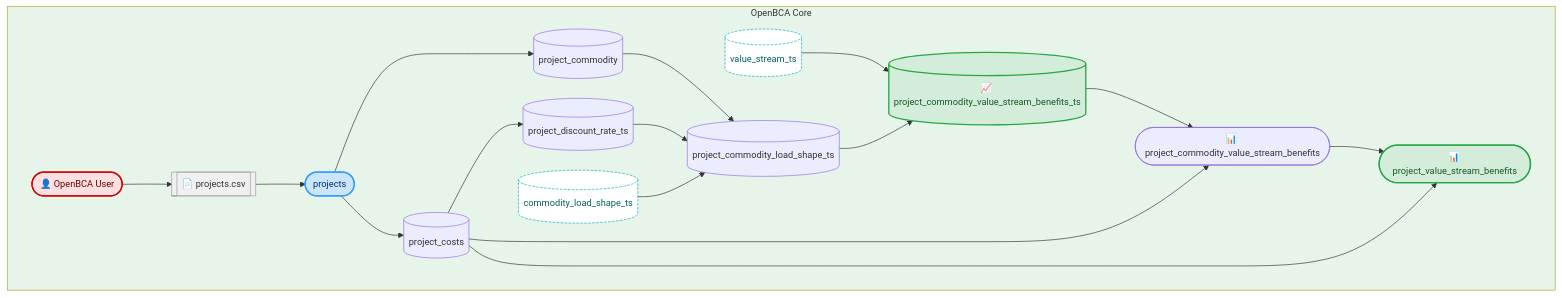
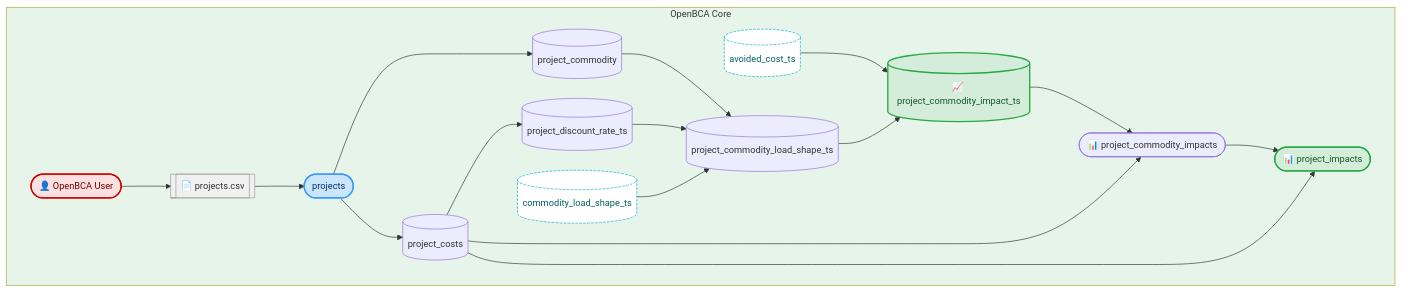
Before and after one commit to openbca/openbca: the first of 4 diagrams in README.md, drawn with Mermaid. The commit also changed other lines of this file and 2 other files, not shown here.

Commit message:
renaming in the diagram

````diff
--- a/README.md
+++ b/README.md
@@ -66,47 +66,47 @@
 ```mermaid
 %%{ init: { "theme": "default", "themeVariables": { "fontSize": "14px" }, "flowchart": { "nodeSpacing": 30, "curve": "basis" } } }%%
 flowchart TD
 
     %% === OpenBCA Subgraph ===
     subgraph OpenBCA ["OpenBCA Core"]
         style OpenBCA fill:#e6f4ea
 
         user(["👤 OpenBCA User"]):::user
         project_csv[[📄 projects.csv]]:::fileref
         projects(["projects"]):::input
 
         project_costs[(project_costs)]:::intermediate
         project_discount_rate_ts[(project_discount_rate_ts)]:::intermediate
         project_commodity[(project_commodity)]:::intermediate
         project_commodity_load_shape_ts[(project_commodity_load_shape_ts)]:::intermediate
-        project_commodity_value_stream_benefits_ts[(📈 project_commodity_value_stream_benefits_ts)]:::output
-        project_commodity_value_stream_benefits(["📊 project_commodity_value_stream_benefits"]):::intermediate
-        project_value_stream_benefits(["📊 project_value_stream_benefits"]):::output
+        project_commodity_impact_ts[(📈 project_commodity_impact_ts)]:::output
+        project_commodity_impacts(["📊 project_commodity_impacts"]):::intermediate
+        project_impacts(["📊 project_impacts"]):::output
         
-        value_stream_ts[(value_stream_ts)]:::interface
+        avoided_cost_ts[(avoided_cost_ts)]:::interface
         commodity_load_shape_ts[(commodity_load_shape_ts)]:::interface
 
         user --> project_csv --> projects
         projects --> project_costs
         project_costs --> project_discount_rate_ts
         projects --> project_commodity
         project_commodity --> project_commodity_load_shape_ts
         project_discount_rate_ts --> project_commodity_load_shape_ts
         commodity_load_shape_ts --> project_commodity_load_shape_ts
-        value_stream_ts --> project_commodity_value_stream_benefits_ts
-        project_commodity_load_shape_ts --> project_commodity_value_stream_benefits_ts
-        project_commodity_value_stream_benefits_ts --> project_commodity_value_stream_benefits
-        project_costs --> project_commodity_value_stream_benefits
-        project_commodity_value_stream_benefits --> project_value_stream_benefits
-        project_costs --> project_value_stream_benefits
+        avoided_cost_ts --> project_commodity_impact_ts
+        project_commodity_load_shape_ts --> project_commodity_impact_ts
+        project_commodity_impact_ts --> project_commodity_impacts
+        project_costs --> project_commodity_impacts
+        project_commodity_impacts --> project_impacts
+        project_costs --> project_impacts
     end
 
     %% === CLASS DEFINITIONS ===
     classDef input fill:#cce5ff,stroke:#3399ff,color:#003366,stroke-width:2px;
     %%classDef intermediate 
     classDef output fill:#d4edda,stroke:#28a745,color:#155724,stroke-width:2px;
     classDef interface fill:#ffffff,stroke:#00acc1,color:#006064,stroke-dasharray: 4 2;
     classDef fileref fill:#f0f0f0,stroke:#999999,color:#333,stroke-width:1px;
     classDef user fill:#ffe0e0,stroke:#cc0000,color:#660000,stroke-width:2px;
 
 ```
````
